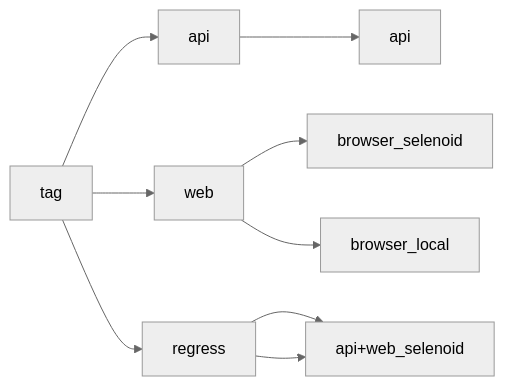
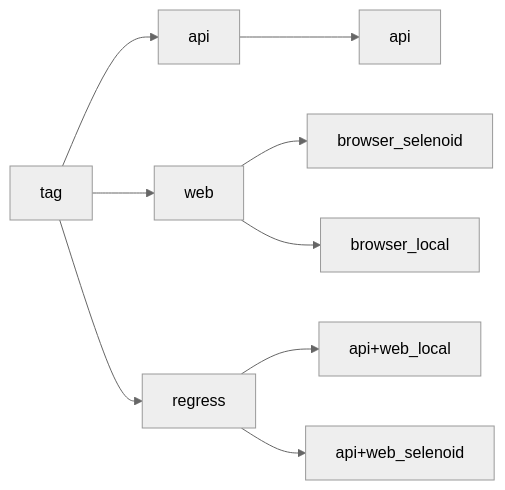
The first of 2 diagrams in README.md (VadimTolstov/allure_api_ui), drawn with Mermaid (neutral theme) before and after one commit.

Commit message:
readme v0.3

````diff
--- a/README.md
+++ b/README.md
@@ -89,11 +89,11 @@
 ```mermaid
 graph LR
 A[tag] --> B[api]
 A --> C[web]
 A --> D[regress]
 B --> K[api]
 C --> E[browser_selenoid]
 C --> F[browser_local]
 D --> G[api+web_local]
-D --> G[api+web_selenoid]
+D --> L[api+web_selenoid]
 ```
````
